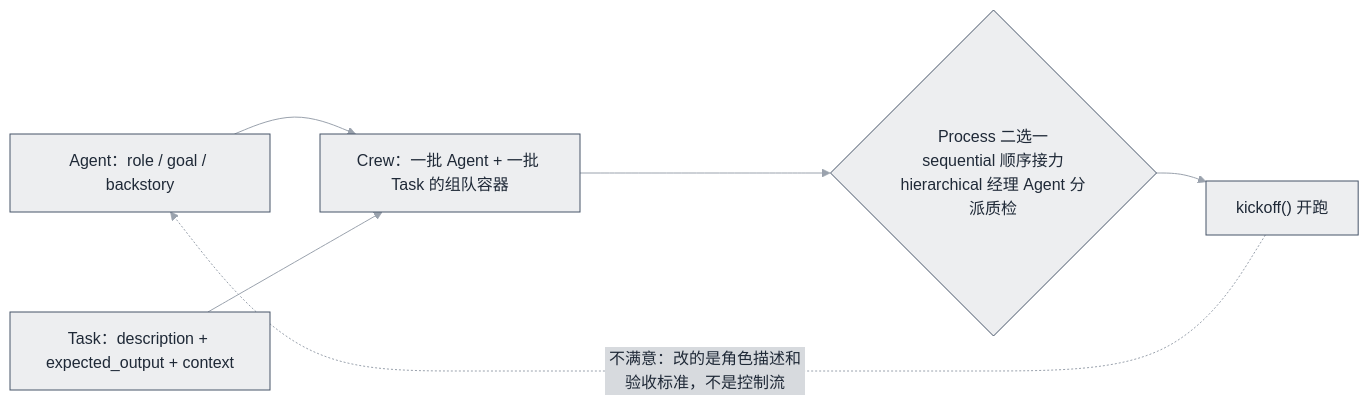
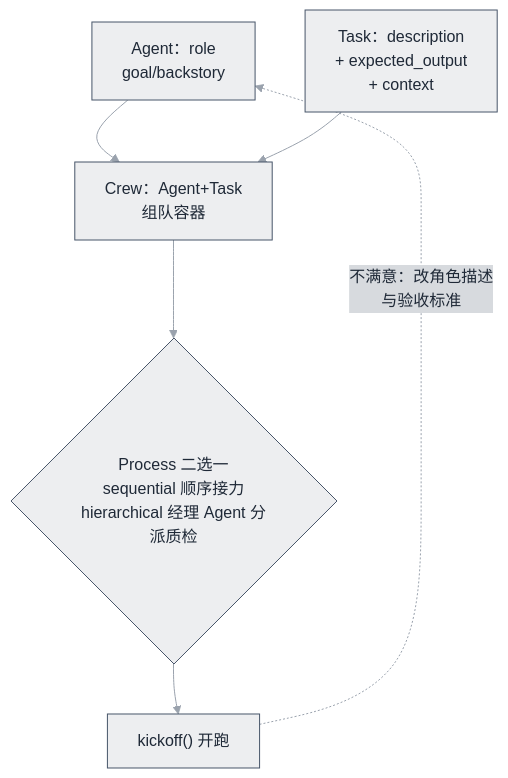
Before and after one commit to funny8kids/ai-agent-handbook: the diagram in docs/13-resources/projects/crewai.md, drawn with Mermaid. The commit also changed 45 other files, not shown here.

First line of the commit message:
Thicken 12 thin pages, clear 25 over-width diagrams, re-proportion 10 thin-ribbon diagrams

````diff
--- a/docs/13-resources/projects/crewai.md
+++ b/docs/13-resources/projects/crewai.md
@@ -34,9 +34,9 @@
 ```mermaid
 %%{init: {"theme":"base","themeVariables":{"primaryColor":"#EDEEF0","primaryBorderColor":"#475569","primaryTextColor":"#1F2937","secondaryColor":"#D7DADE","tertiaryColor":"#F8F8F9","lineColor":"#9AA2AD","actorBkg":"#F0F1F3","actorBorder":"#475569","actorTextColor":"#1F2937","signalColor":"#7E8896","noteBkgColor":"#DEE0E4","noteBorderColor":"#475569","noteTextColor":"#1F2937","labelBoxBkgColor":"#EDEEF0","labelBoxBorderColor":"#475569"}}}%%
-flowchart LR
-    AG["Agent：role / goal / backstory"] --> CREW
-    TK["Task：description + expected_output + context"] --> CREW
-    CREW["Crew：一批 Agent + 一批 Task 的组队容器"] --> PR{"Process 二选一<br/>sequential 顺序接力<br/>hierarchical 经理 Agent 分派质检"}
+flowchart TB
+    AG[Agent：role<br/>goal/backstory] --> CREW
+    TK[Task：description<br/>+ expected_output<br/>+ context] --> CREW
+    CREW[Crew：Agent+Task<br/>组队容器] --> PR{"Process 二选一<br/>sequential 顺序接力<br/>hierarchical 经理 Agent 分派质检"}
     PR --> KO["kickoff() 开跑"]
-    KO -.->|"不满意：改的是角色描述和验收标准，不是控制流"| AG
+    KO -.->|"不满意：改角色描述<br/>与验收标准"| AG
 ```
````
